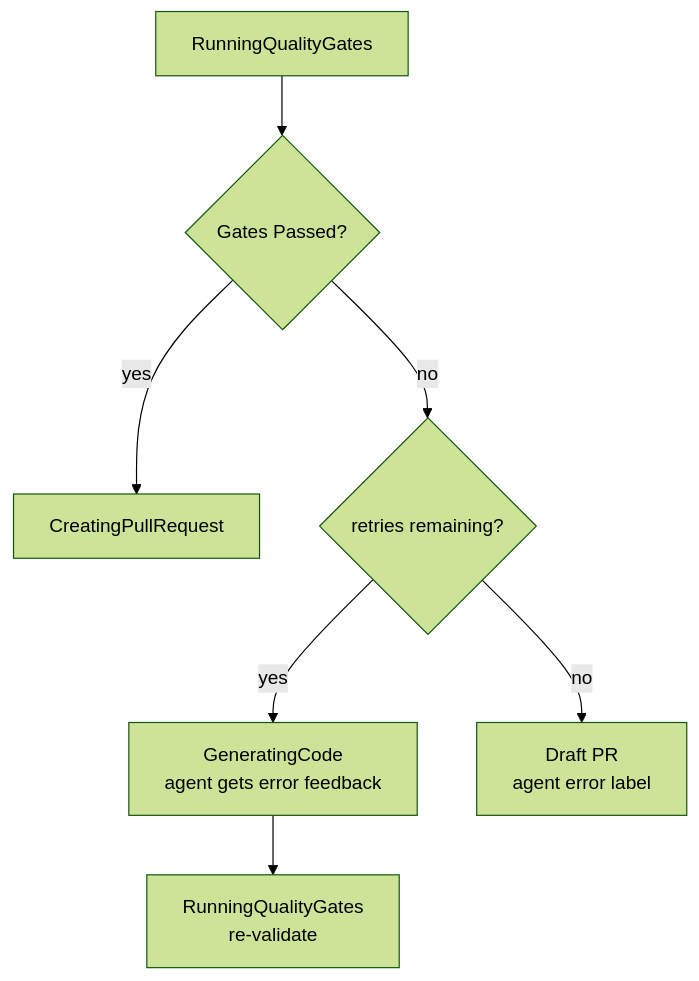
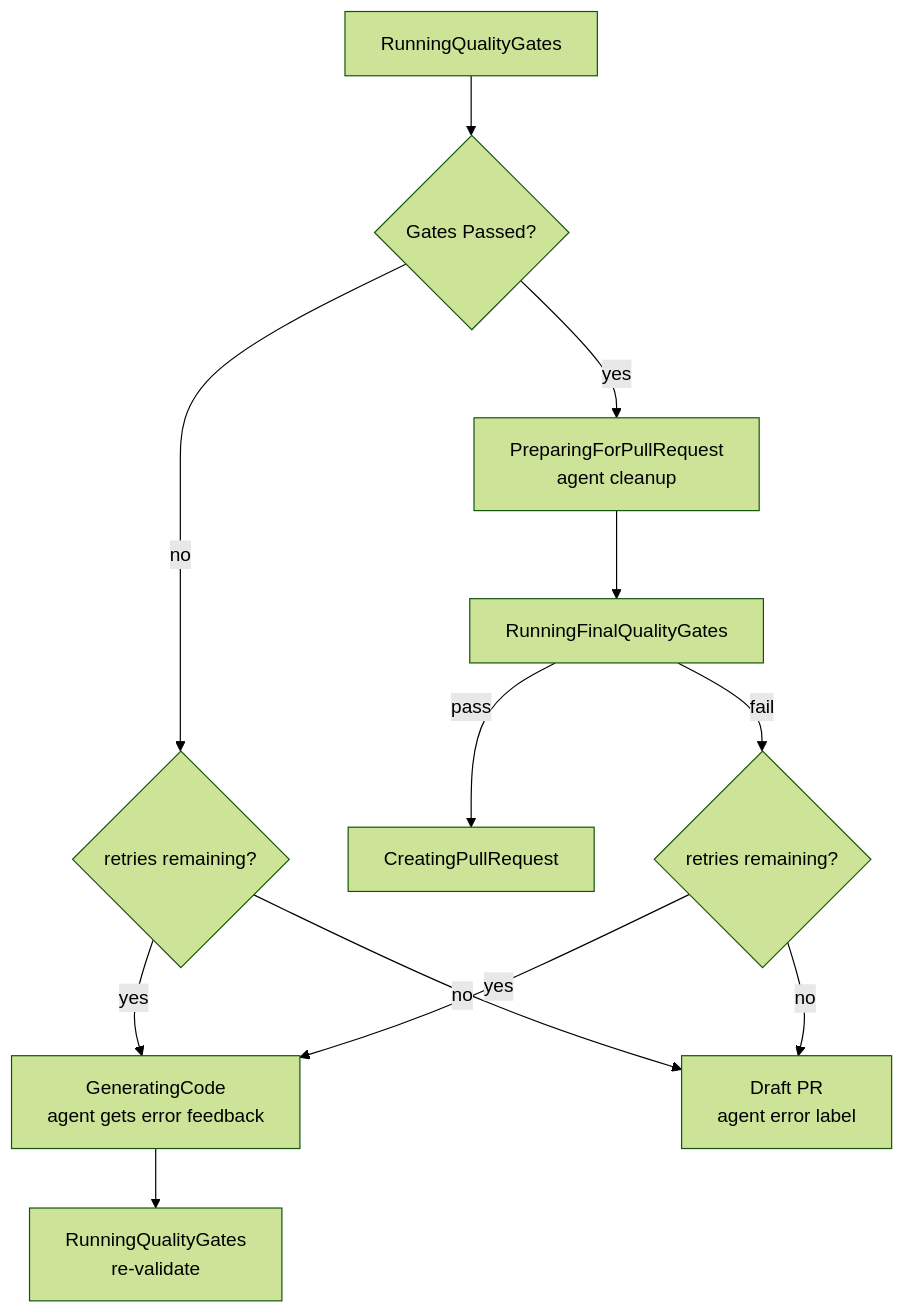
The third of 4 diagrams in README.md (Chemsorly/coding-agent-automation), drawn with Mermaid (forest theme) before and after one commit. The commit also changed other lines of this file and 10 other files, not shown here.

First line of the commit message:
feat: [ARC-07] PrepareForPullRequest step with final quality gate (#62)

````diff
--- a/README.md
+++ b/README.md
@@ -266,9 +274,14 @@
 ```mermaid
 flowchart TD
     RQG[RunningQualityGates] --> GP{Gates Passed?}
-    GP -->|yes| PR[CreatingPullRequest]
+    GP -->|yes| PREP[PreparingForPullRequest\nagent cleanup]
     GP -->|no| RL{retries remaining?}
     RL -->|yes| GC[GeneratingCode\nagent gets error feedback]
     RL -->|no| DPR[Draft PR\nagent error label]
     GC --> RQG2[RunningQualityGates\nre-validate]
+    PREP --> FQG[RunningFinalQualityGates]
+    FQG -->|pass| PR[CreatingPullRequest]
+    FQG -->|fail| RL2{retries remaining?}
+    RL2 -->|yes| GC
+    RL2 -->|no| DPR
 ```
````
